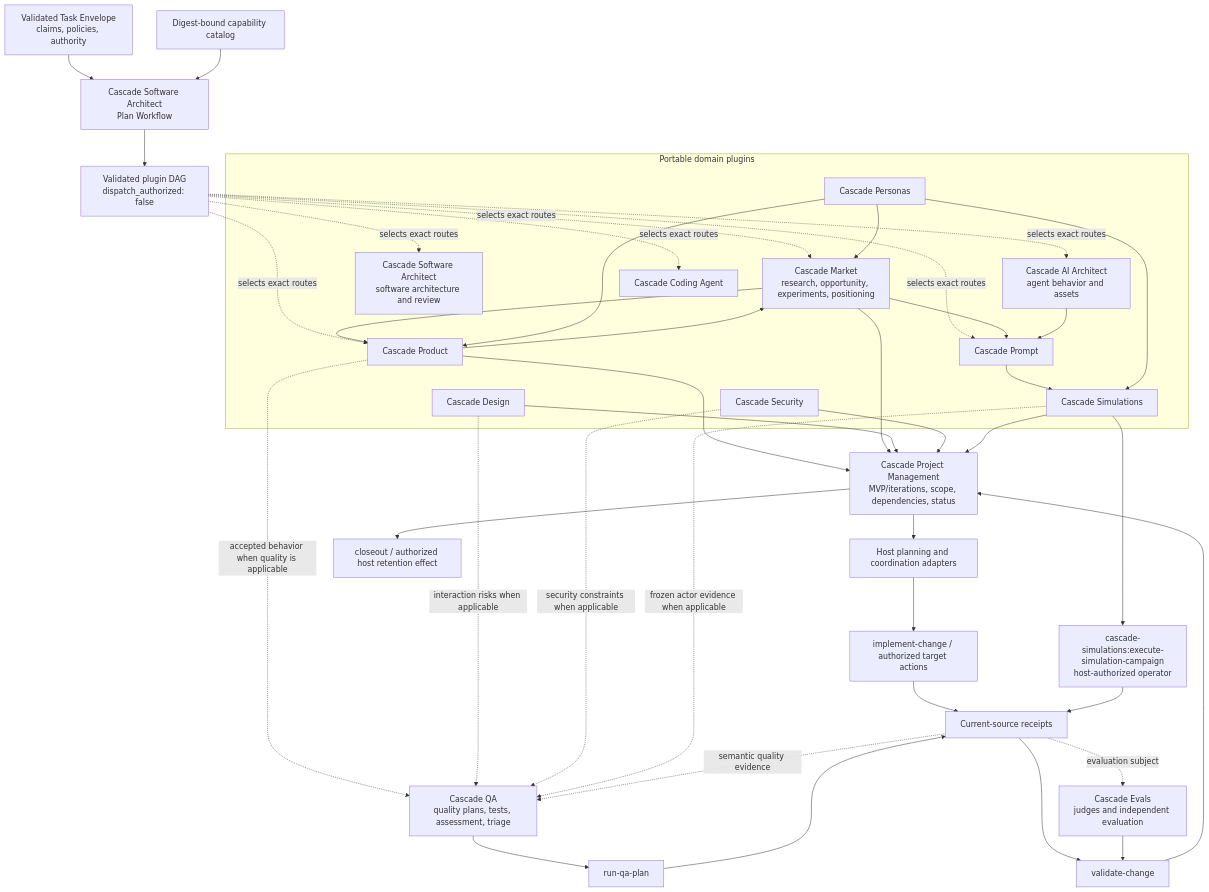
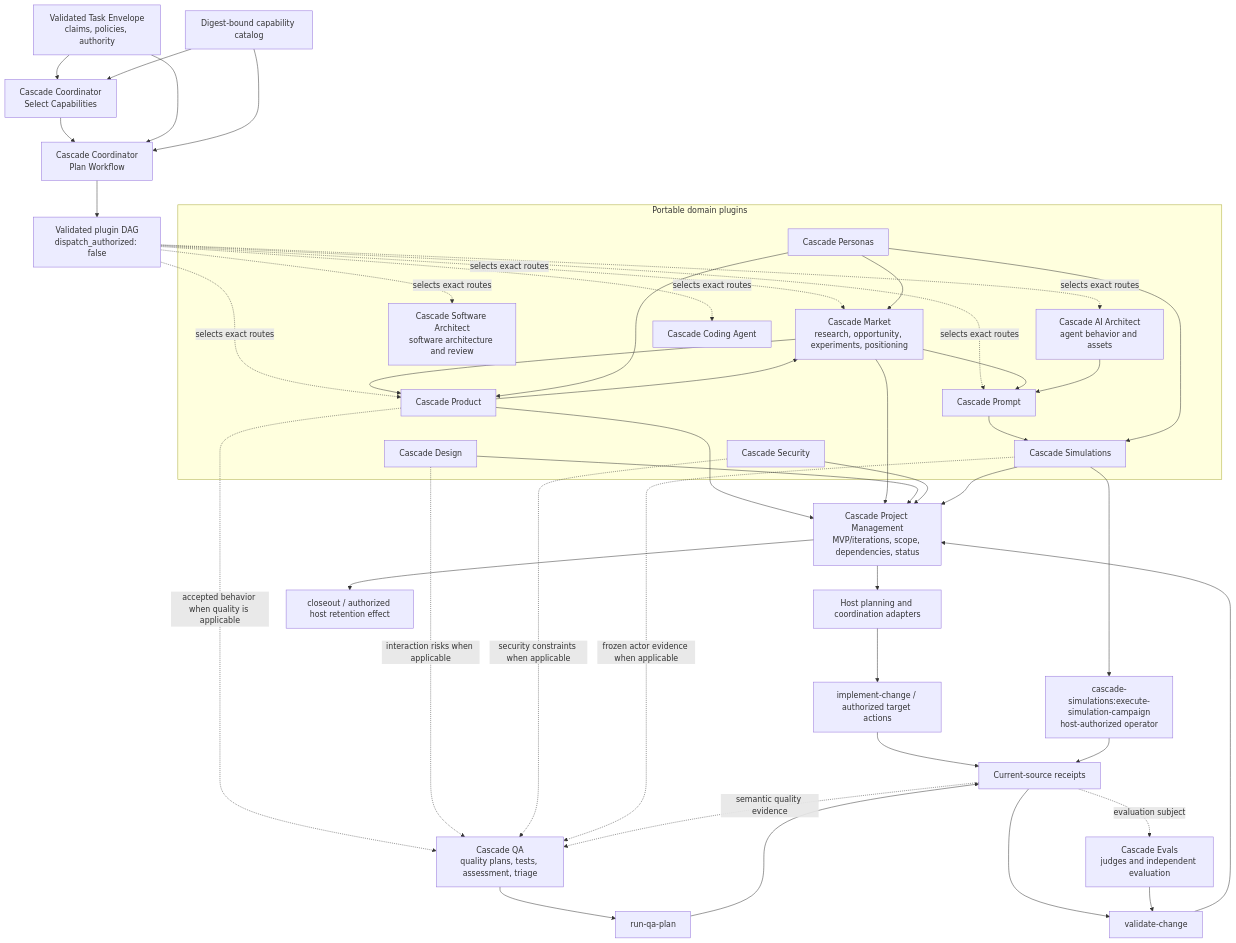
The diagram in docs/patterns/workflow/plugin-orchestration.md (oleksandr-rud/cascade-codex), drawn with Mermaid before and after one commit. The commit also changed other lines of this file and 153 other files, not shown here.

````diff
--- a/docs/patterns/workflow/plugin-orchestration.md
+++ b/docs/patterns/workflow/plugin-orchestration.md
@@ -7,68 +7,72 @@
 ```mermaid
 flowchart TB
     TE[Validated Task Envelope<br/>claims, policies, authority]
     CAT[Digest-bound capability catalog]
-    PW[Cascade Software Architect<br/>Plan Workflow]
+    CS[Cascade Coordinator<br/>Select Capabilities]
+    PW[Cascade Coordinator<br/>Plan Workflow]
     DAG[Validated plugin DAG<br/>dispatch_authorized: false]
 
+    TE --> CS
+    CAT --> CS
+    CS --> PW
     TE --> PW
     CAT --> PW
     PW --> DAG
 
     subgraph Domain[Portable domain plugins]
         M[Cascade Market<br/>research, opportunity, experiments, positioning]
         P[Cascade Product]
         PE[Cascade Personas]
         D[Cascade Design]
         S[Cascade Security]
         AP[Cascade Prompt]
         SA[Cascade Software Architect<br/>software architecture and review]
         AIA[Cascade AI Architect<br/>agent behavior and assets]
         HE[Cascade Coding Agent]
         SIM[Cascade Simulations]
     end
 
     PM[Cascade Project Management<br/>MVP/iterations, scope, dependencies, status]
     QA[Cascade QA<br/>quality plans, tests, assessment, triage]
     EV[Cascade Evals<br/>judges and independent evaluation]
 
     DAG -. selects exact routes .-> M
     DAG -. selects exact routes .-> P
     DAG -. selects exact routes .-> SA
     DAG -. selects exact routes .-> AIA
     DAG -. selects exact routes .-> AP
     DAG -. selects exact routes .-> HE
 
     M --> P
     PE --> P
     P --> M
     PE --> M
     M --> AP
     AIA --> AP
     P --> PM
     M --> PM
     D --> PM
     S --> PM
     AP --> SIM
     PE --> SIM
     SIM --> PM
 
     P -. accepted behavior when quality is applicable .-> QA
     D -. interaction risks when applicable .-> QA
     S -. security constraints when applicable .-> QA
     SIM -. frozen actor evidence when applicable .-> QA
 
     PM --> PLAN[Host planning and coordination adapters]
     PLAN --> IMPL[implement-change / authorized target actions]
     QA --> RUNQA[run-qa-plan]
     SIM --> RUNSIM[cascade-simulations:execute-simulation-campaign<br/>host-authorized operator]
     IMPL --> RECEIPTS[Current-source receipts]
     RUNQA --> RECEIPTS
     RUNSIM --> RECEIPTS
     RECEIPTS --> VALIDATE[validate-change]
     RECEIPTS -. semantic quality evidence .-> QA
     RECEIPTS -. evaluation subject .-> EV
     EV --> VALIDATE
     VALIDATE --> PM
     PM --> CLOSE[closeout / authorized host retention effect]
 ```
````
